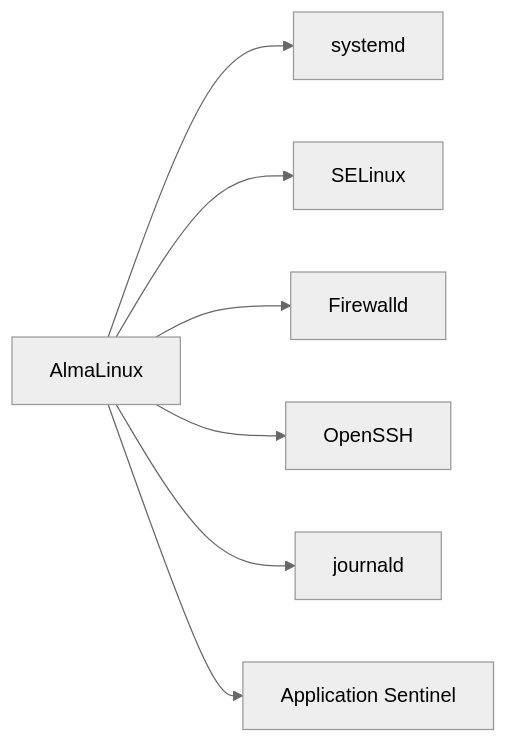
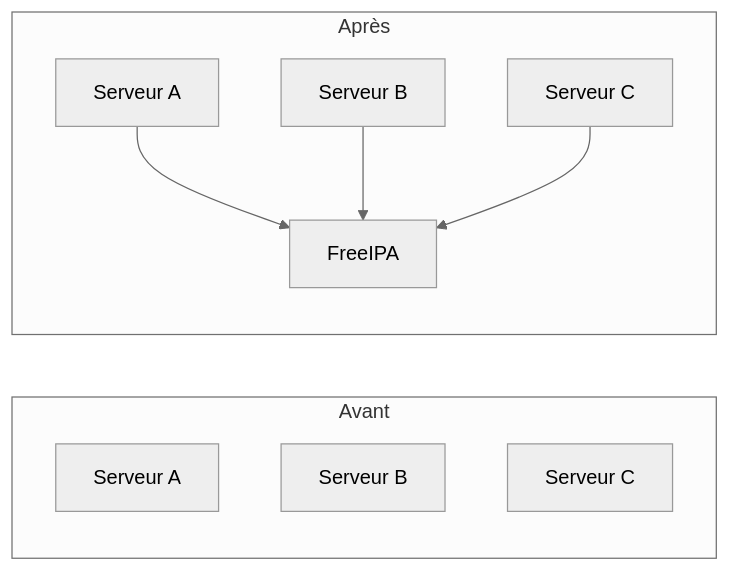
One commit to tdelaclos/formations changed the fourth of 7 diagrams in campagne 8/8.1.md. Above: the diagram before and after it, drawn with Mermaid (neutral theme). The commit also changed other lines of this file, not shown here.

````diff
--- a/campagne 8/8.1.md
+++ b/campagne 8/8.1.md
@@ -608,12 +371,25 @@
 ```mermaid
 flowchart LR
 
-Linux[AlmaLinux]
+    subgraph Avant
+        S1A[Serveur A]
+        S2A[Serveur B]
+        S3A[Serveur C]
+    end
 
-Linux --> Systemd[systemd]
-Linux --> SELinux[SELinux]
-Linux --> Firewalld[Firewalld]
-Linux --> SSH[OpenSSH]
-Linux --> Journald[journald]
-Linux --> Sentinel[Application Sentinel]
+    subgraph Après
+        IPA[FreeIPA]
+
+        S1[Serveur A]
+
+        S2[Serveur B]
+
+        S3[Serveur C]
+
+        S1 --> IPA
+
+        S2 --> IPA
+
+        S3 --> IPA
+    end
 ```
````
